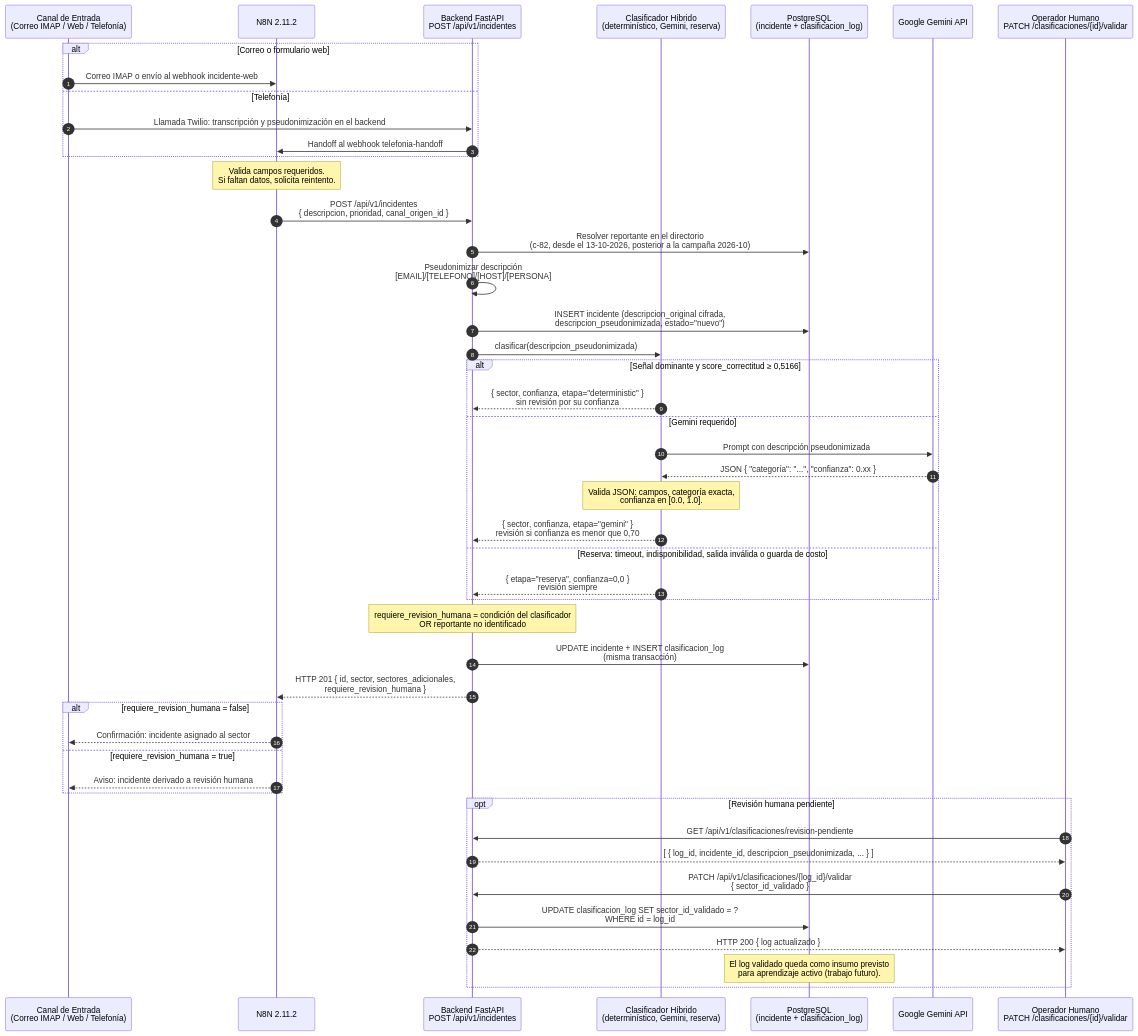
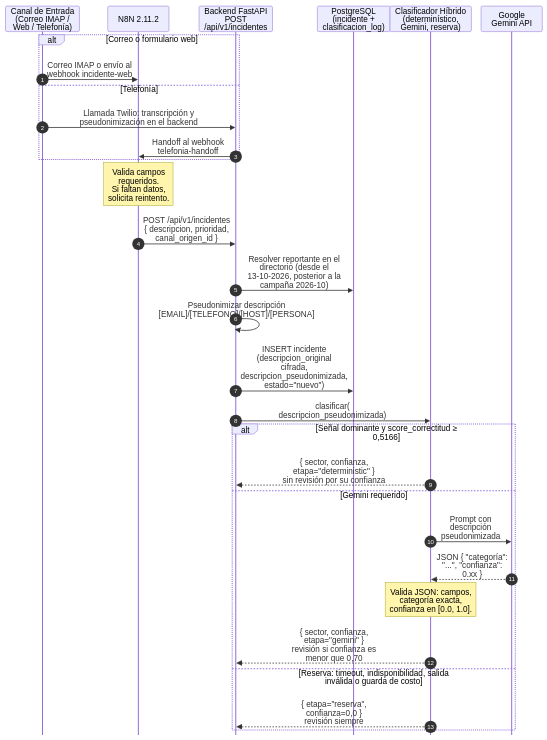
One commit to lucaGomezB/Automatizacion-de-Mesa-de-Ayuda-N8N changed the first of 2 diagrams in docs/diagrams/secuencia.md. Above: the diagram before and after it, drawn with Mermaid. The commit also changed other lines of this file and 47 other files, not shown here.

````diff
--- a/docs/diagrams/secuencia.md
+++ b/docs/diagrams/secuencia.md
@@ -13,63 +21,41 @@
 ```mermaid
+%%{init: {"fontFamily":"Arial, Helvetica, sans-serif","themeVariables":{"fontFamily":"Arial, Helvetica, sans-serif","fontSize":"16px"},"sequence":{"useMaxWidth":false,"mirrorActors":false,"actorMargin":0,"width":120,"height":50,"messageFontSize":16,"noteFontSize":16,"actorFontSize":16,"actorFontFamily":"Arial, Helvetica, sans-serif","noteFontFamily":"Arial, Helvetica, sans-serif","messageFontFamily":"Arial, Helvetica, sans-serif","boxMargin":6,"messageMargin":24,"noteMargin":8,"wrap":false}}}%%
 sequenceDiagram
     autonumber
 
-    participant Canal as Canal de Entrada<br/>(Correo IMAP / Web / Telefonía)
+    participant Canal as Canal de Entrada<br/>(Correo IMAP /<br/>Web / Telefonía)
     participant N8N as N8N 2.11.2
-    participant BE as Backend FastAPI<br/>POST /api/v1/incidentes
-    participant CLAS as Clasificador Híbrido<br/>(determinístico, Gemini, reserva)
-    participant PG as PostgreSQL<br/>(incidente + clasificacion_log)
-    participant GEMINI as Google Gemini API
-    participant OP as Operador Humano<br/>PATCH /clasificaciones/{id}/validar
+    participant BE as Backend FastAPI<br/>POST<br/>/api/v1/incidentes
+    participant PG as PostgreSQL<br/>(incidente +<br/>clasificacion_log)
+    participant CLAS as Clasificador Híbrido<br/>(determinístico,<br/>Gemini, reserva)
+    participant GEMINI as Google<br/>Gemini API
 
-    %% ── Ingreso del incidente ──────────────────────────────────────────────
+    %% ── Ingreso del incidente ──
     alt Correo o formulario web
-        Canal->>N8N: Correo IMAP o envío al webhook incidente-web
+        Canal->>N8N: Correo IMAP o envío al<br/>webhook incidente-web
     else Telefonía
-        Canal->>BE: Llamada Twilio: transcripción y pseudonimización en el backend
-        BE->>N8N: Handoff al webhook telefonia-handoff
+        Canal->>BE: Llamada Twilio: transcripción y<br/>pseudonimización en el backend
+        BE->>N8N: Handoff al webhook<br/>telefonia-handoff
     end
-    Note over N8N: Valida campos requeridos.<br/>Si faltan datos, solicita reintento.
-    N8N->>BE: POST /api/v1/incidentes<br/>{ descripcion, prioridad, canal_origen_id }
+    Note over N8N: Valida campos<br/>requeridos.<br/>Si faltan datos,<br/>solicita reintento.
+    N8N->>BE: POST /api/v1/incidentes<br/>{ descripcion, prioridad,<br/>canal_origen_id }
 
-    %% ── Alta del incidente ─────────────────────────────────────────────────
-    BE->>PG: Resolver reportante en el directorio<br/>(c-82, desde el 13-10-2026, posterior a la campaña 2026-10)
+    %% ── Alta del incidente ──
+    BE->>PG: Resolver reportante en el<br/>directorio (desde el<br/>13-10-2026, posterior a la<br/>campaña 2026-10)
     BE->>BE: Pseudonimizar descripción<br/>[EMAIL]/[TELEFONO]/[HOST]/[PERSONA]
-    BE->>PG: INSERT incidente (descripcion_original cifrada,<br/>descripcion_pseudonimizada, estado="nuevo")
+    BE->>PG: INSERT incidente<br/>(descripcion_original<br/>cifrada,<br/>descripcion_pseudonimizada,<br/>estado="nuevo")
 
-    %% ── Pipeline de clasificación ──────────────────────────────────────────
-    BE->>CLAS: clasificar(descripcion_pseudonimizada)
+    %% ── Pipeline de clasificación ──
+    BE->>CLAS: clasificar(<br/>descripcion_pseudonimizada)
 
     alt Señal dominante y score_correctitud ≥ 0,5166
-        CLAS-->>BE: { sector, confianza, etapa="deterministic" }<br/>sin revisión por su confianza
+        CLAS-->>BE: { sector, confianza,<br/>etapa="deterministic" }<br/>sin revisión por su confianza
     else Gemini requerido
-        CLAS->>GEMINI: Prompt con descripción pseudonimizada
-        GEMINI-->>CLAS: JSON { "categoría": "...", "confianza": 0.xx }
-        Note over CLAS: Valida JSON: campos, categoría exacta,<br/>confianza en [0.0, 1.0].
-        CLAS-->>BE: { sector, confianza, etapa="gemini" }<br/>revisión si confianza es menor que 0,70
+        CLAS->>GEMINI: Prompt con<br/>descripción<br/>pseudonimizada
+        GEMINI-->>CLAS: JSON { "categoría":<br/>"...", "confianza":<br/>0.xx }
+        Note over CLAS: Valida JSON: campos,<br/>categoría exacta,<br/>confianza en [0.0, 1.0].
+        CLAS-->>BE: { sector, confianza,<br/>etapa="gemini" }<br/>revisión si confianza es<br/>menor que 0,70
     else Reserva: timeout, indisponibilidad, salida inválida o guarda de costo
-        CLAS-->>BE: { etapa="reserva", confianza=0,0 }<br/>revisión siempre
-    end
-
-    %% ── Persistencia del resultado ─────────────────────────────────────────
-    Note over BE: requiere_revision_humana = condición del clasificador<br/>OR reportante no identificado
-    BE->>PG: UPDATE incidente + INSERT clasificacion_log<br/>(misma transacción)
-
-    %% ── Respuesta al canal ─────────────────────────────────────────────────
-    BE-->>N8N: HTTP 201 { id, sector, sectores_adicionales,<br/>requiere_revision_humana }
-    alt requiere_revision_humana = false
-        N8N-->>Canal: Confirmación: incidente asignado al sector
-    else requiere_revision_humana = true
-        N8N-->>Canal: Aviso: incidente derivado a revisión humana
-    end
-
-    %% ── Ciclo de revisión humana (cuando aplica) ───────────────────────────
-    opt Revisión humana pendiente
-        OP->>BE: GET /api/v1/clasificaciones/revision-pendiente
-        BE-->>OP: [ { log_id, incidente_id, descripcion_pseudonimizada, ... } ]
-        OP->>BE: PATCH /api/v1/clasificaciones/{log_id}/validar<br/>{ sector_id_validado }
-        BE->>PG: UPDATE clasificacion_log SET sector_id_validado = ?<br/>WHERE id = log_id
-        BE-->>OP: HTTP 200 { log actualizado }
-        Note over PG: El log validado queda como insumo previsto<br/>para aprendizaje activo (trabajo futuro).
+        CLAS-->>BE: { etapa="reserva",<br/>confianza=0,0 }<br/>revisión siempre
     end
 ```
````
